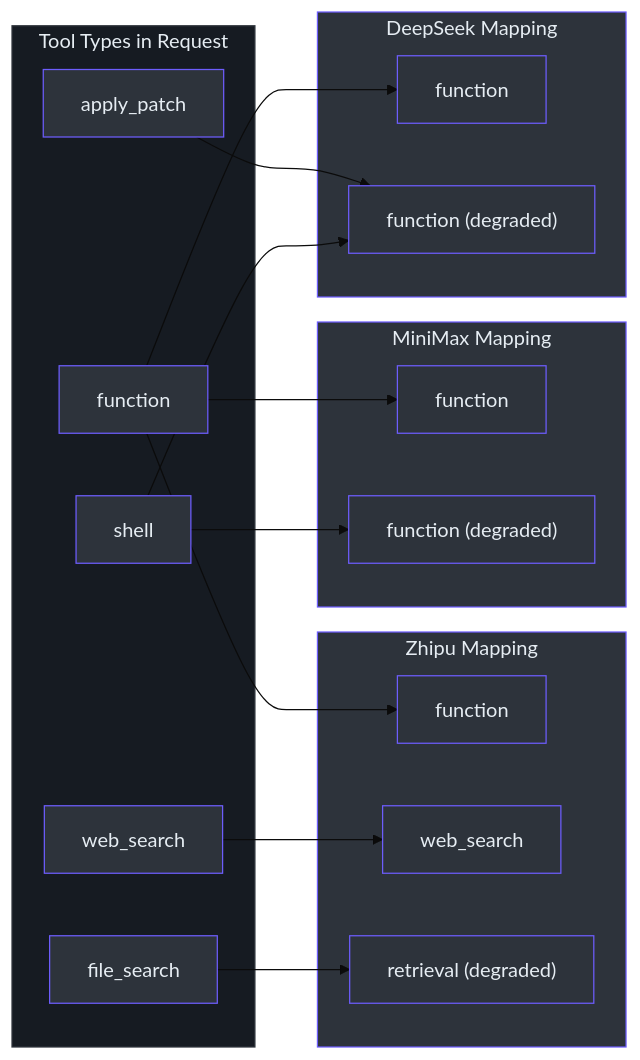
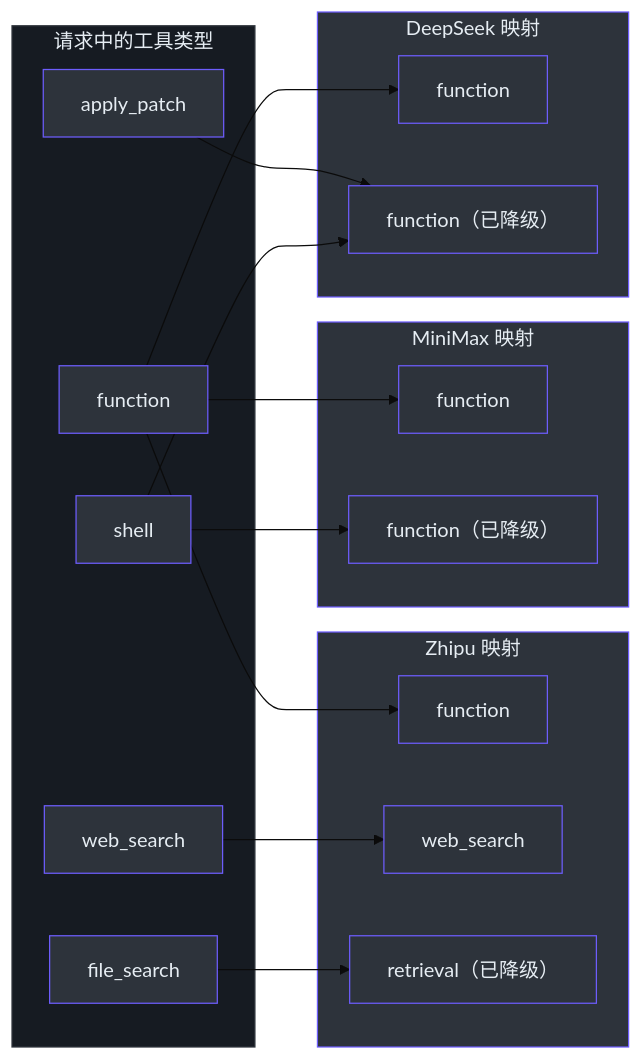
Before and after one commit to Ahoo-Wang/GodeX: the second of 3 diagrams in wiki/zh/01-getting-started/builtin-providers.md, drawn with Mermaid (base theme). The commit also changed other lines of this file and 36 other files, not shown here.

````diff
--- a/wiki/zh/01-getting-started/builtin-providers.md
+++ b/wiki/zh/01-getting-started/builtin-providers.md
@@ -104,54 +104,54 @@
 ```mermaid
 flowchart LR
-    subgraph Incoming["Tool Types in Request"]
+    subgraph Incoming["请求中的工具类型"]
         F1["function"]
         Shell["shell"]
         Patch["apply_patch"]
         Web["web_search"]
         File["file_search"]
     end
 
-    subgraph DeepSeek["DeepSeek Mapping"]
+    subgraph DeepSeek["DeepSeek 映射"]
         DS_F["function"]
-        DS_Degraded["function (degraded)"]
+        DS_Degraded["function（已降级）"]
     end
 
-    subgraph Zhipu["Zhipu Mapping"]
+    subgraph Zhipu["Zhipu 映射"]
         ZP_F["function"]
         ZP_Web["web_search"]
-        ZP_Ret["retrieval (degraded)"]
+        ZP_Ret["retrieval（已降级）"]
     end
 
-    subgraph MiniMax["MiniMax Mapping"]
+    subgraph MiniMax["MiniMax 映射"]
         MM_F["function"]
-        MM_Degraded["function (degraded)"]
+        MM_Degraded["function（已降级）"]
     end
 
     F1 --> DS_F
     Shell --> DS_Degraded
     Patch --> DS_Degraded
 
     F1 --> ZP_F
     Web --> ZP_Web
     File --> ZP_Ret
 
     F1 --> MM_F
     Shell --> MM_Degraded
 
     style Incoming fill:#161b22,stroke:#30363d,color:#e6edf3
     style DeepSeek fill:#2d333b,stroke:#6d5dfc,color:#e6edf3
     style Zhipu fill:#2d333b,stroke:#6d5dfc,color:#e6edf3
     style MiniMax fill:#2d333b,stroke:#6d5dfc,color:#e6edf3
     style F1 fill:#2d333b,stroke:#6d5dfc,color:#e6edf3
     style Shell fill:#2d333b,stroke:#6d5dfc,color:#e6edf3
     style Patch fill:#2d333b,stroke:#6d5dfc,color:#e6edf3
     style Web fill:#2d333b,stroke:#6d5dfc,color:#e6edf3
     style File fill:#2d333b,stroke:#6d5dfc,color:#e6edf3
     style DS_F fill:#2d333b,stroke:#6d5dfc,color:#e6edf3
     style DS_Degraded fill:#2d333b,stroke:#6d5dfc,color:#e6edf3
     style ZP_F fill:#2d333b,stroke:#6d5dfc,color:#e6edf3
     style ZP_Web fill:#2d333b,stroke:#6d5dfc,color:#e6edf3
     style ZP_Ret fill:#2d333b,stroke:#6d5dfc,color:#e6edf3
     style MM_F fill:#2d333b,stroke:#6d5dfc,color:#e6edf3
     style MM_Degraded fill:#2d333b,stroke:#6d5dfc,color:#e6edf3
 ```
````
